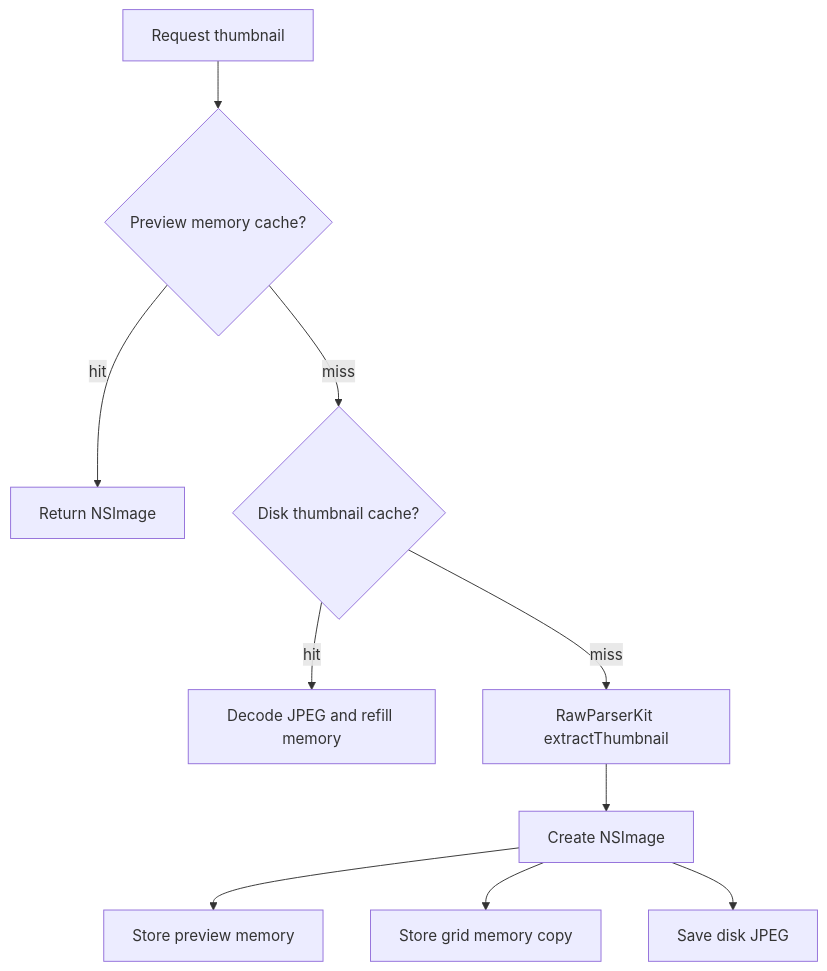
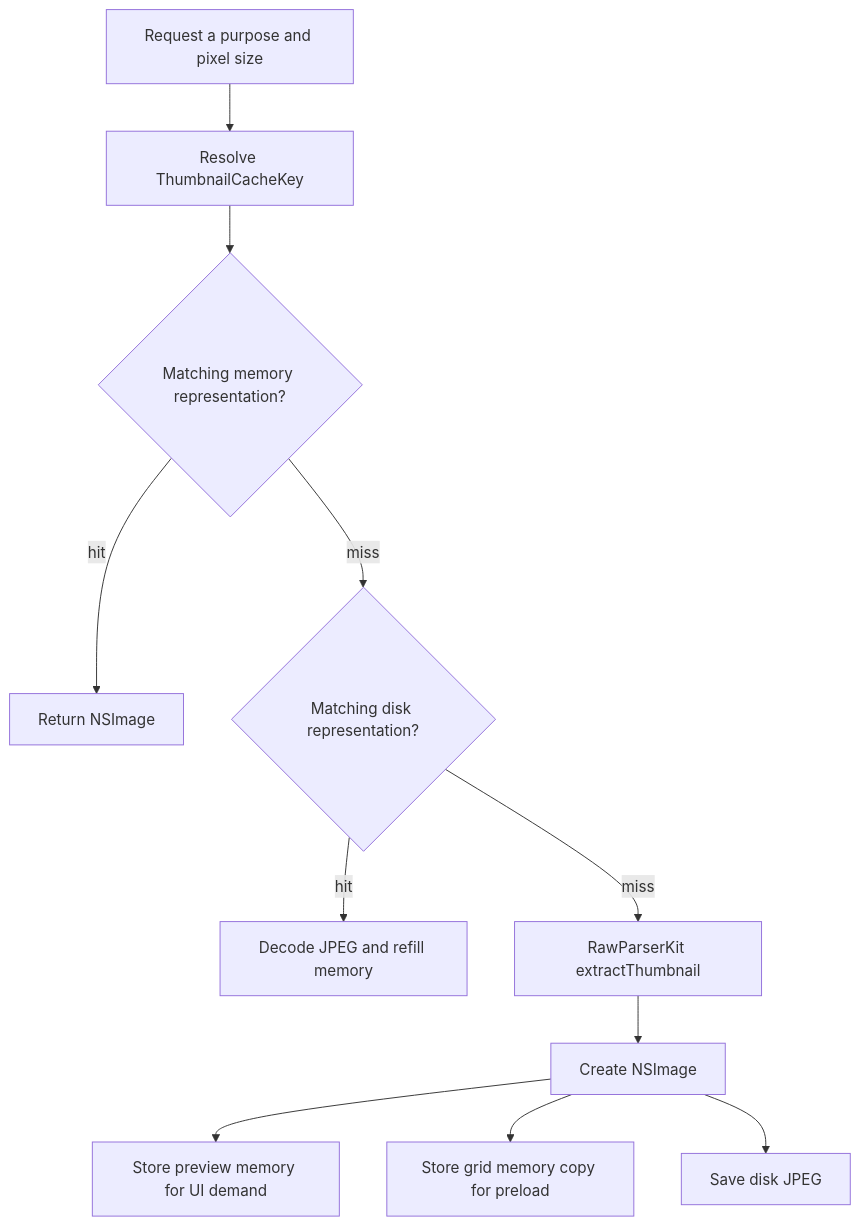
One commit to rsyncOSX/TechDocRawcull changed the diagram in content/en/docs/cache.md. Above: the diagram before and after it, drawn with Mermaid. The commit also changed other lines of this file and 4 other files, not shown here.

````diff
--- a/content/en/docs/cache.md
+++ b/content/en/docs/cache.md
@@ -28,12 +36,13 @@
 ```mermaid
 flowchart TD
-    A["Request thumbnail"] --> B{"Preview memory cache?"}
+    A["Request a purpose and pixel size"] --> Key["Resolve ThumbnailCacheKey"]
+    Key --> B{"Matching memory representation?"}
     B -->|"hit"| C["Return NSImage"]
-    B -->|"miss"| D{"Disk thumbnail cache?"}
+    B -->|"miss"| D{"Matching disk representation?"}
     D -->|"hit"| E["Decode JPEG and refill memory"]
     D -->|"miss"| F["RawParserKit extractThumbnail"]
     F --> G["Create NSImage"]
-    G --> H["Store preview memory"]
-    G --> I["Store grid memory copy"]
+    G --> H["Store preview memory for UI demand"]
+    G --> I["Store grid memory copy for preload"]
     G --> J["Save disk JPEG"]
 ```
````
